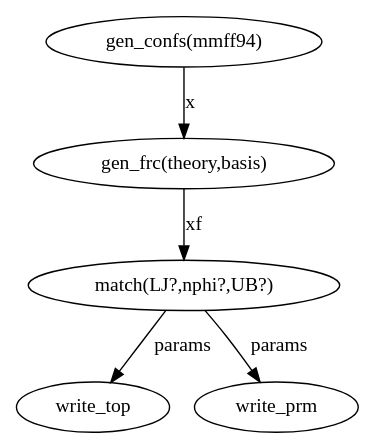
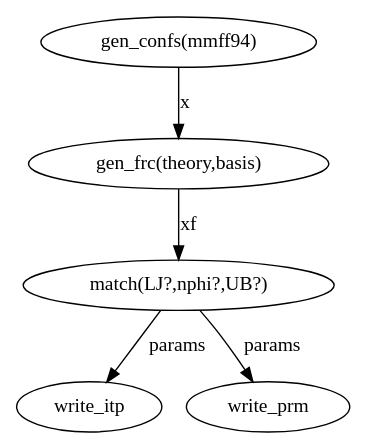
Before and after one commit to frobnitzem/chemparam: the diagram in process.dot, drawn with Graphviz. The commit also changed 16 other files, not shown here.

```diff
--- a/process.dot
+++ b/process.dot
@@ -1,9 +1,9 @@
 digraph ChemParam {
   "gen_confs"     [label="gen_confs(mmff94)" rank=0];
   "gen_frc"       [label="gen_frc(theory,basis)" rank=1];
   "match"         [label="match(LJ?,nphi?,UB?)" rank=2];
   "gen_confs" -> "gen_frc" [label="x"];
   "gen_frc" -> "match"     [label="xf"];
-  "match" -> "write_top"   [label="params"];
+  "match" -> "write_itp"   [label="params"];
   "match" -> "write_prm"   [label="params"];
 }
```
